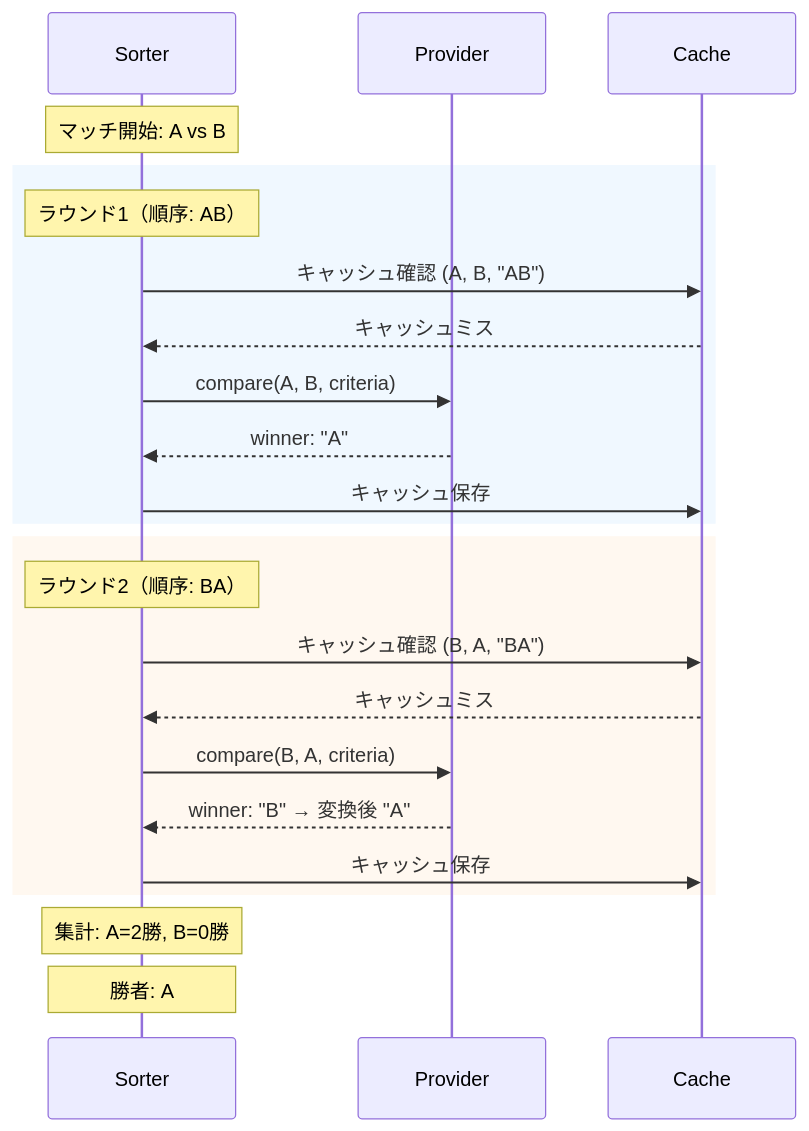
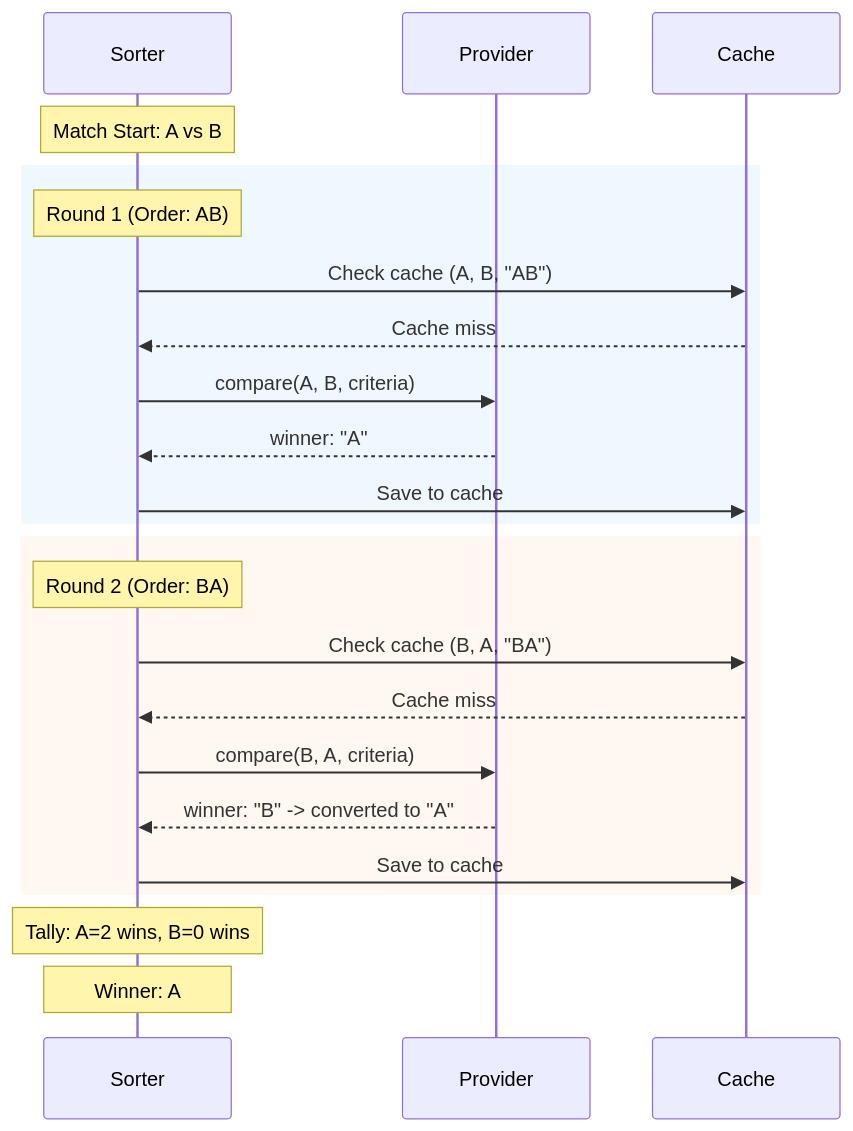
The third of 7 diagrams in docs/tournament.md (TomokiIshimine/llm-qualitative-sort), drawn with Mermaid before and after one commit. The commit also changed other lines of this file and 7 other files, not shown here.

````diff
--- a/docs/tournament.md
+++ b/docs/tournament.md
@@ -78,29 +80,29 @@
 ```mermaid
 sequenceDiagram
     participant S as Sorter
     participant P as Provider
     participant C as Cache
 
-    Note over S: マッチ開始: A vs B
+    Note over S: Match Start: A vs B
 
     rect rgb(240, 248, 255)
-        Note over S: ラウンド1（順序: AB）
-        S->>C: キャッシュ確認 (A, B, "AB")
-        C-->>S: キャッシュミス
+        Note over S: Round 1 (Order: AB)
+        S->>C: Check cache (A, B, "AB")
+        C-->>S: Cache miss
         S->>P: compare(A, B, criteria)
         P-->>S: winner: "A"
-        S->>C: キャッシュ保存
+        S->>C: Save to cache
     end
 
     rect rgb(255, 248, 240)
-        Note over S: ラウンド2（順序: BA）
-        S->>C: キャッシュ確認 (B, A, "BA")
-        C-->>S: キャッシュミス
+        Note over S: Round 2 (Order: BA)
+        S->>C: Check cache (B, A, "BA")
+        C-->>S: Cache miss
         S->>P: compare(B, A, criteria)
-        P-->>S: winner: "B" → 変換後 "A"
-        S->>C: キャッシュ保存
+        P-->>S: winner: "B" -> converted to "A"
+        S->>C: Save to cache
     end
 
-    Note over S: 集計: A=2勝, B=0勝
-    Note over S: 勝者: A
+    Note over S: Tally: A=2 wins, B=0 wins
+    Note over S: Winner: A
 ```
````
